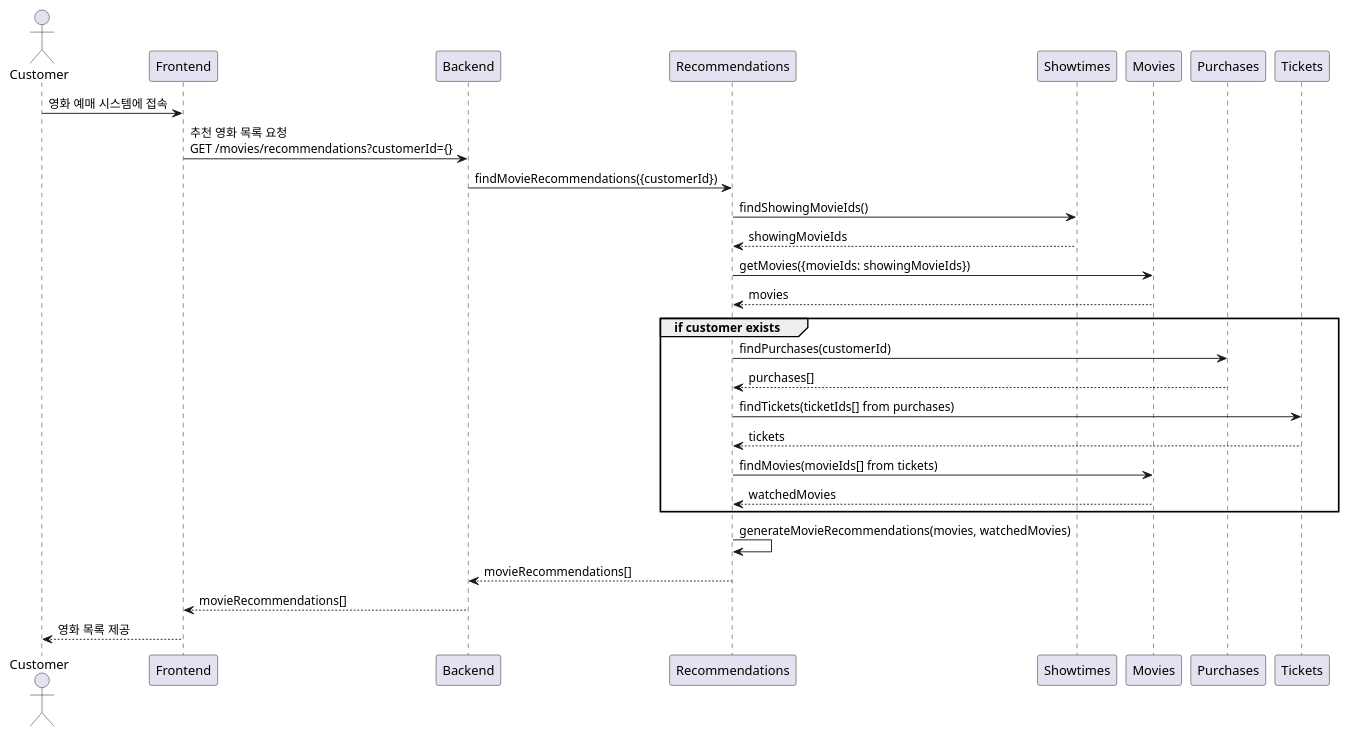
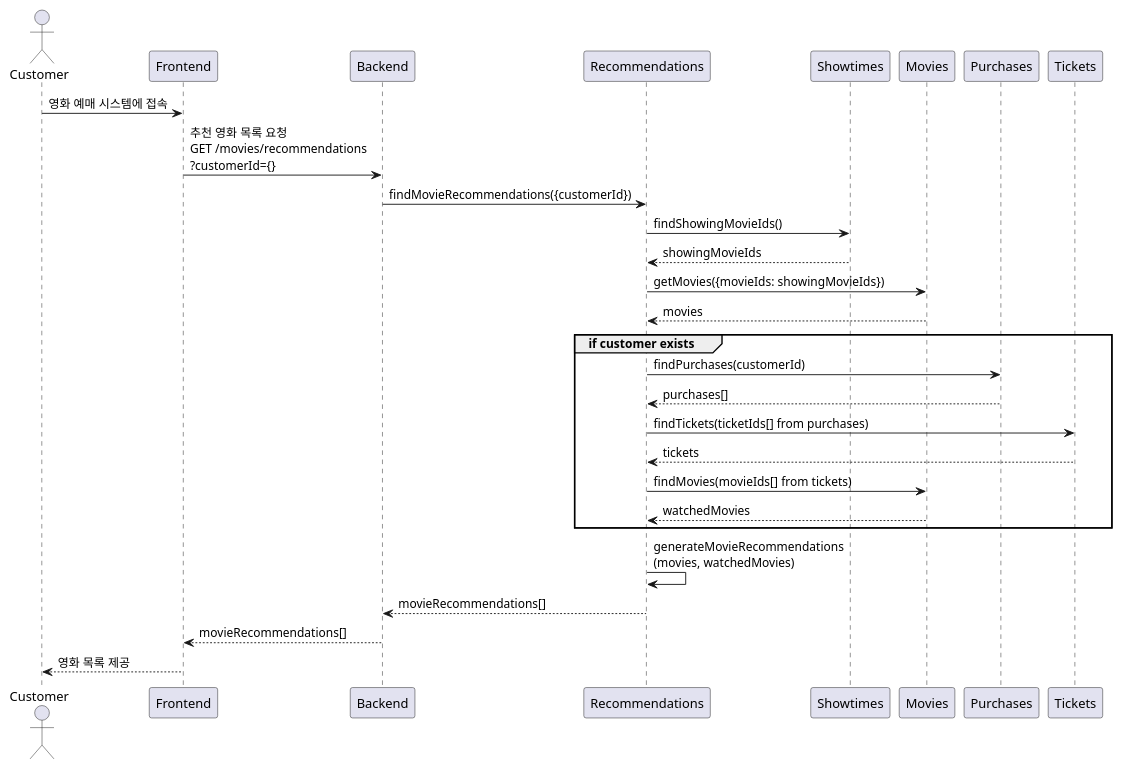
The first of 3 diagrams in docs/tickets-purchase.md (mannercode/nest-seed), drawn with PlantUML before and after one commit. The commit also changed other lines of this file and 16 other files, not shown here.

````diff
--- a/docs/tickets-purchase.md
+++ b/docs/tickets-purchase.md
@@ -60,25 +60,25 @@
 ```plantuml
 @startuml
 actor Customer
 
 Customer -> Frontend : 영화 예매 시스템에 접속
-Frontend -> Backend : 추천 영화 목록 요청\nGET /movies/recommendations?customerId={}
+Frontend -> Backend : 추천 영화 목록 요청\nGET /movies/recommendations\n?customerId={}
 Backend -> Recommendations : findMovieRecommendations({customerId})
 Recommendations -> Showtimes : findShowingMovieIds()
 Showtimes --> Recommendations : showingMovieIds
 Recommendations -> Movies : getMovies({movieIds: showingMovieIds})
 Movies --> Recommendations : movies
 group if customer exists
     Recommendations -> Purchases : findPurchases(customerId)
     Purchases --> Recommendations : purchases[]
     Recommendations -> Tickets : findTickets(ticketIds[] from purchases)
     Tickets --> Recommendations : tickets
     Recommendations -> Movies : findMovies(movieIds[] from tickets)
     Movies --> Recommendations : watchedMovies
 end
-Recommendations -> Recommendations : generateMovieRecommendations(movies, watchedMovies)
+Recommendations -> Recommendations : generateMovieRecommendations\n(movies, watchedMovies)
 Backend <-- Recommendations : movieRecommendations[]
 Frontend <-- Backend : movieRecommendations[]
 Customer <-- Frontend : 영화 목록 제공
 @enduml
 ```
````
